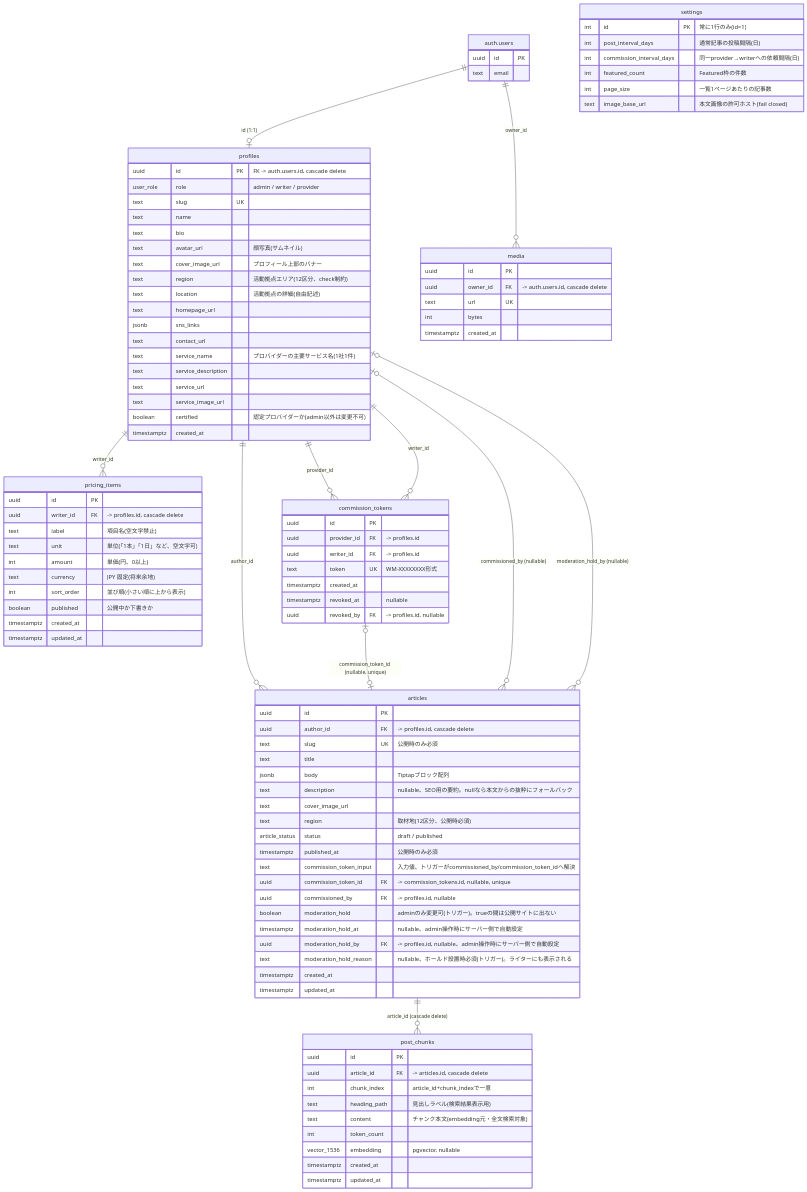
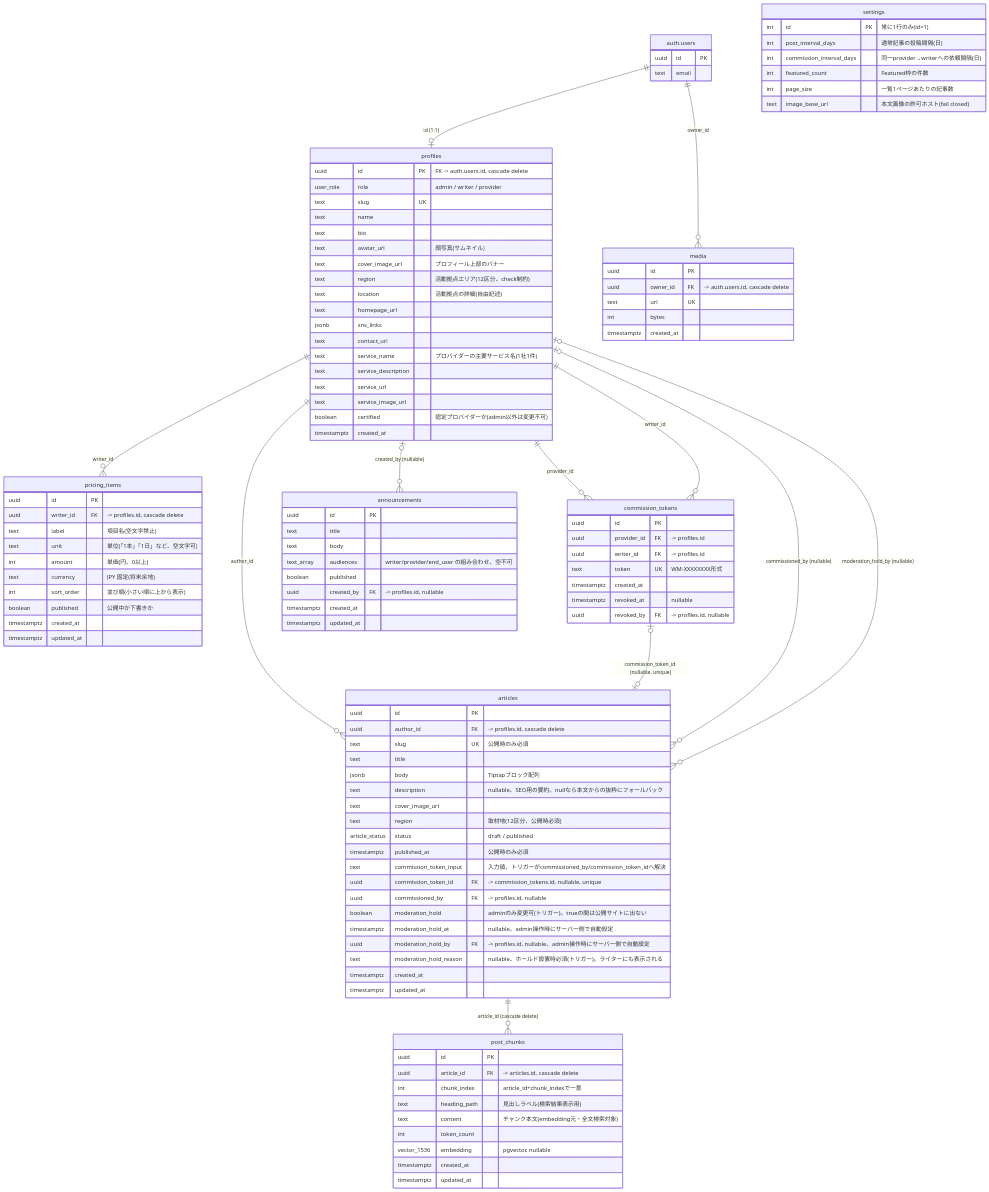
Before and after one commit to whimCrouwel/wyld-media: the diagram in docs/DATABASE.md, drawn with Mermaid. The commit also changed other lines of this file and 3 other files, not shown here.

```diff
--- a/docs/DATABASE.md
+++ b/docs/DATABASE.md
@@ -14,6 +14,7 @@
     profiles |o--o{ articles : "commissioned_by (nullable)"
     profiles |o--o{ articles : "moderation_hold_by (nullable)"
     articles ||--o{ post_chunks : "article_id (cascade delete)"
+    profiles |o--o{ announcements : "created_by (nullable)"
 
     "auth.users" {
         uuid id PK
@@ -103,6 +104,17 @@
         timestamptz created_at
     }
 
+    announcements {
+        uuid id PK
+        text title
+        text body
+        text_array audiences "writer/provider/end_user の組み合わせ、空不可"
+        boolean published
+        uuid created_by FK "-> profiles.id, nullable"
+        timestamptz created_at
+        timestamptz updated_at
+    }
+
     post_chunks {
         uuid id PK
         uuid article_id FK "-> articles.id, cascade delete"
```
